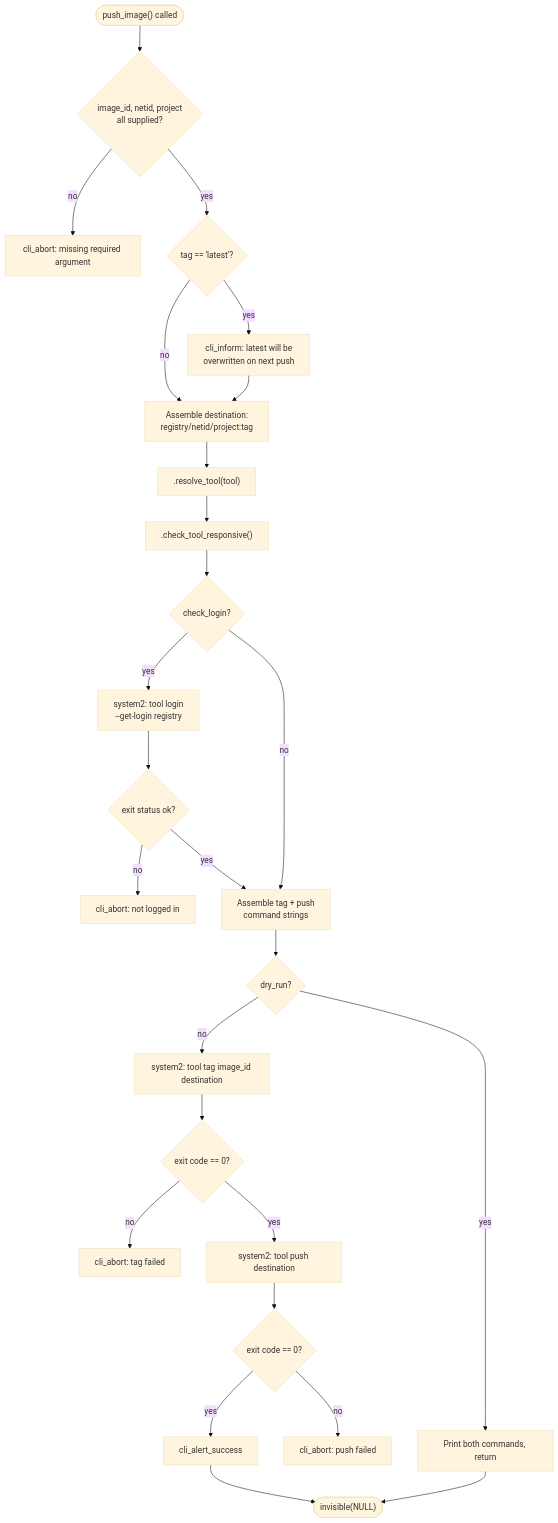
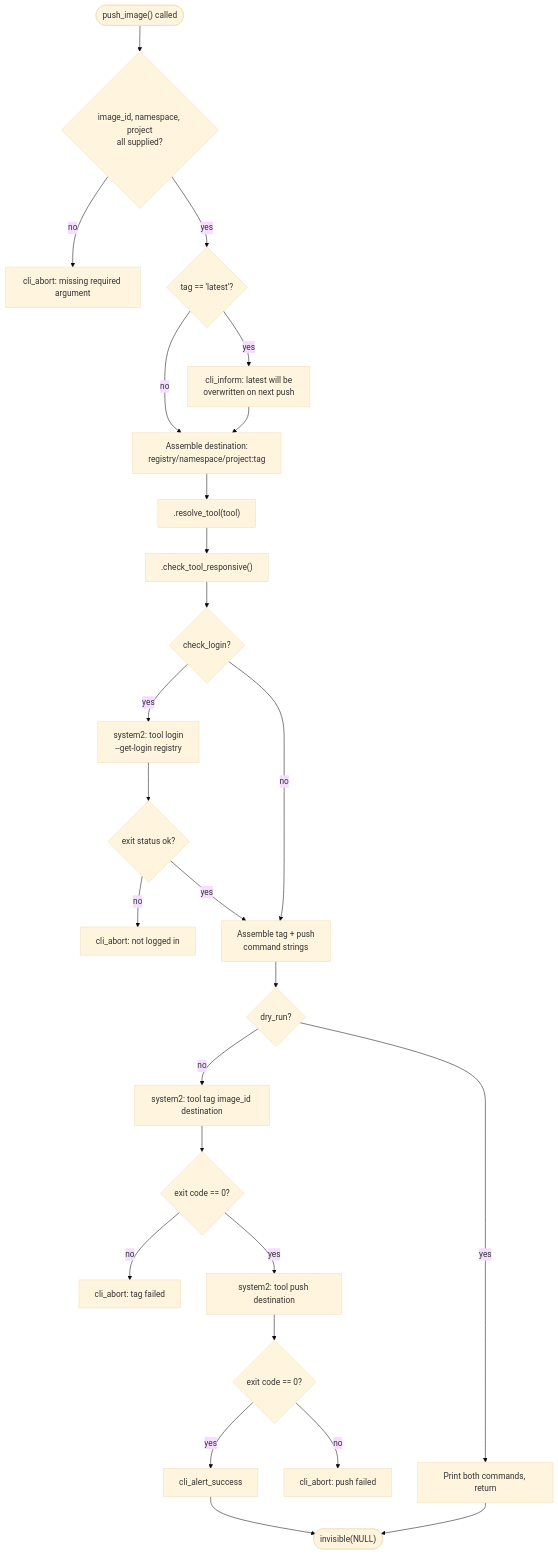
The sixth of 8 diagrams in diagrams.qmd (erwinlares/containr), drawn with Mermaid (base theme) before and after one commit. The commit also changed other lines of this file and 11 other files, not shown here.

````diff
--- a/diagrams.qmd
+++ b/diagrams.qmd
@@ -229,28 +229,28 @@
 ```{mermaid}
 flowchart TD
-    Start(["push_image() called"]) --> ReqCheck{"image_id, netid, project\nall supplied?"}
+    Start(["push_image() called"]) --> ReqCheck{"image_id, namespace, project\nall supplied?"}
     ReqCheck -- no --> Abort1["cli_abort: missing required argument"]
     ReqCheck -- yes --> TagWarn{"tag == 'latest'?"}
     TagWarn -- yes --> Inform1["cli_inform: latest will be\noverwritten on next push"]
     TagWarn -- no --> Assemble
-    Inform1 --> Assemble["Assemble destination:\nregistry/netid/project:tag"]
+    Inform1 --> Assemble["Assemble destination:\nregistry/namespace/project:tag"]
     Assemble --> Resolve[".resolve_tool(tool)"]
     Resolve --> CheckResp[".check_tool_responsive()"]
     CheckResp --> LoginCheck{"check_login?"}
     LoginCheck -- yes --> LoginSys["system2: tool login\n--get-login registry"]
     LoginSys --> LoginOk{"exit status ok?"}
     LoginOk -- no --> Abort2["cli_abort: not logged in"]
     LoginOk -- yes --> AssembleCmds
     LoginCheck -- no --> AssembleCmds["Assemble tag + push\ncommand strings"]
     AssembleCmds --> DryRun{"dry_run?"}
     DryRun -- yes --> Preview["Print both commands, return"]
     DryRun -- no --> Tag["system2: tool tag image_id destination"]
     Tag --> TagOk{"exit code == 0?"}
     TagOk -- no --> Abort3["cli_abort: tag failed"]
     TagOk -- yes --> Push["system2: tool push destination"]
     Push --> PushOk{"exit code == 0?"}
     PushOk -- no --> Abort4["cli_abort: push failed"]
     PushOk -- yes --> Success["cli_alert_success"]
     Success --> End(["invisible(NULL)"])
     Preview --> End
 ```
````
